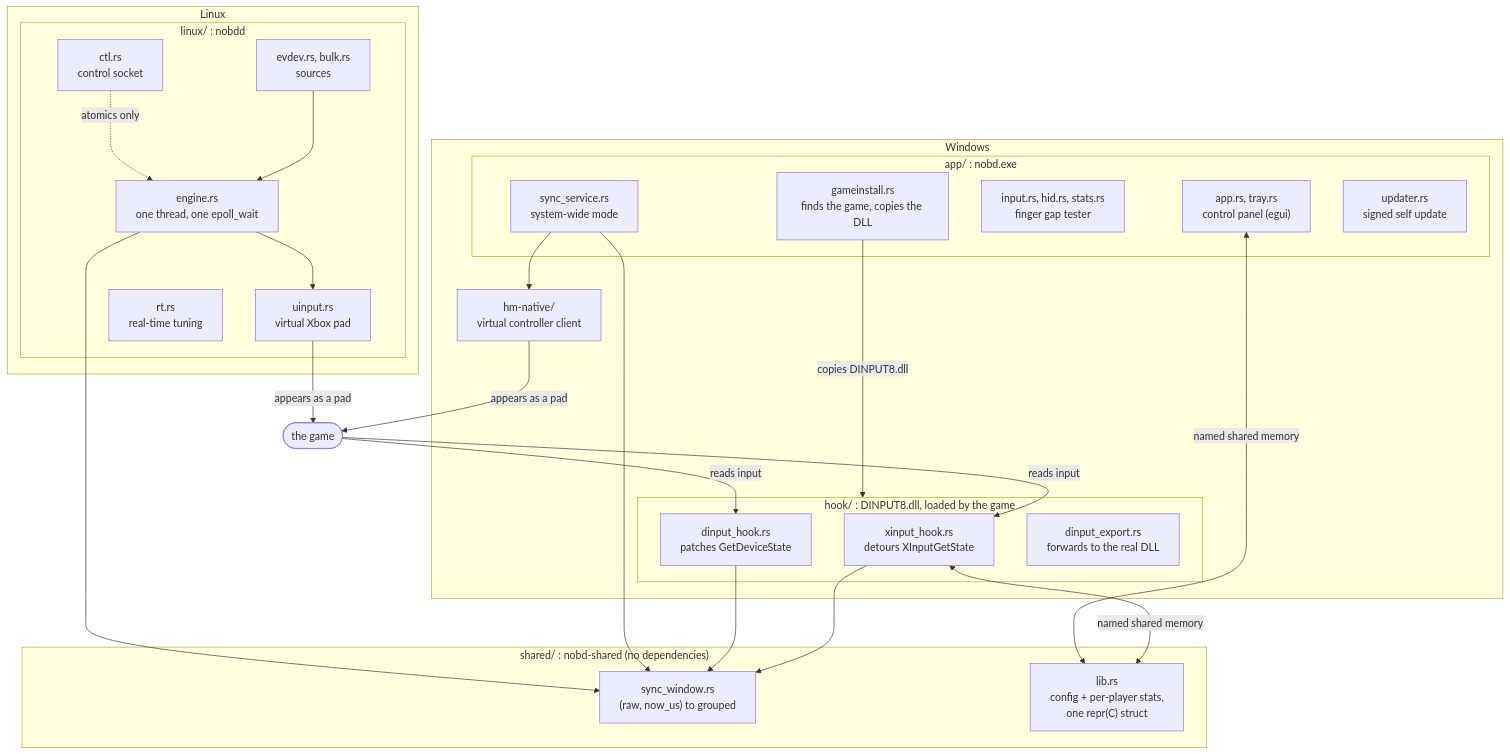
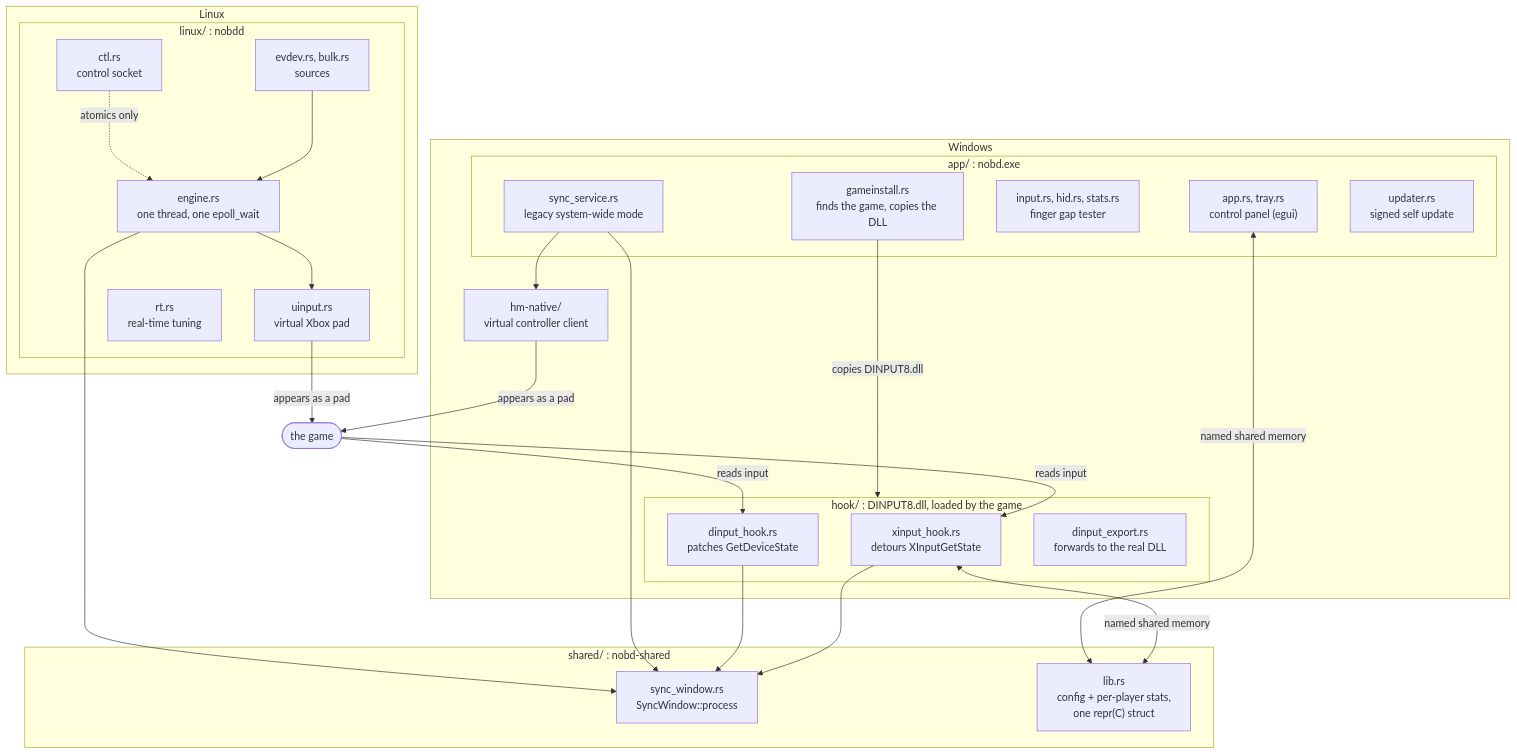
The first of 2 diagrams in docs/FLOORPLAN.md (t3chnicallyinclined/nobd-desktop), drawn with Mermaid before and after one commit. The commit also changed other lines of this file, not shown here.

````diff
--- a/docs/FLOORPLAN.md
+++ b/docs/FLOORPLAN.md
@@ -23,50 +24,50 @@
 ```mermaid
 flowchart TB
-  subgraph SHARED["shared/ : nobd-shared (no dependencies)"]
-    sw["sync_window.rs<br/>(raw, now_us) to grouped"]
+  subgraph SHARED["shared/ : nobd-shared"]
+    sw["sync_window.rs<br/>SyncWindow::process"]
     st["lib.rs<br/>config + per-player stats,<br/>one repr(C) struct"]
   end
 
   subgraph WIN["Windows"]
     subgraph HOOK["hook/ : DINPUT8.dll, loaded by the game"]
       xi["xinput_hook.rs<br/>detours XInputGetState"]
       di["dinput_hook.rs<br/>patches GetDeviceState"]
       exp["dinput_export.rs<br/>forwards to the real DLL"]
     end
     subgraph APP["app/ : nobd.exe"]
       ui["app.rs, tray.rs<br/>control panel (egui)"]
       inst["gameinstall.rs<br/>finds the game, copies the DLL"]
       tester["input.rs, hid.rs, stats.rs<br/>finger gap tester"]
-      svc["sync_service.rs<br/>system-wide mode"]
+      svc["sync_service.rs<br/>legacy system-wide mode"]
       upd["updater.rs<br/>signed self update"]
     end
     hm["hm-native/<br/>virtual controller client"]
   end
 
   subgraph LNX["Linux"]
     subgraph D["linux/ : nobdd"]
       eng["engine.rs<br/>one thread, one epoll_wait"]
       src["evdev.rs, bulk.rs<br/>sources"]
       sink["uinput.rs<br/>virtual Xbox pad"]
       ctl["ctl.rs<br/>control socket"]
       rt["rt.rs<br/>real-time tuning"]
     end
   end
 
   game(["the game"])
 
   xi --> sw
   di --> sw
   svc --> sw
   eng --> sw
   xi <-->|named shared memory| st
   ui <-->|named shared memory| st
   inst -->|copies DINPUT8.dll| HOOK
   svc --> hm
   src --> eng --> sink
   ctl -.->|atomics only| eng
   game -->|reads input| xi
   game -->|reads input| di
   hm -->|appears as a pad| game
   sink -->|appears as a pad| game
 ```
````
